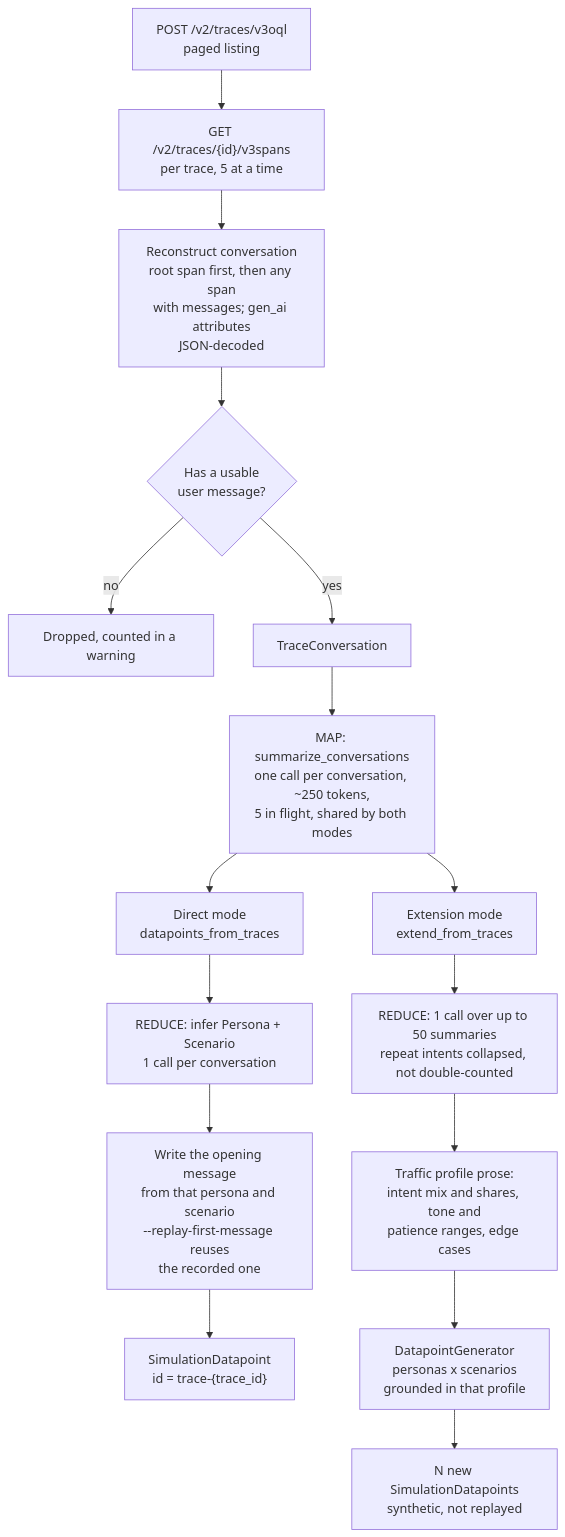
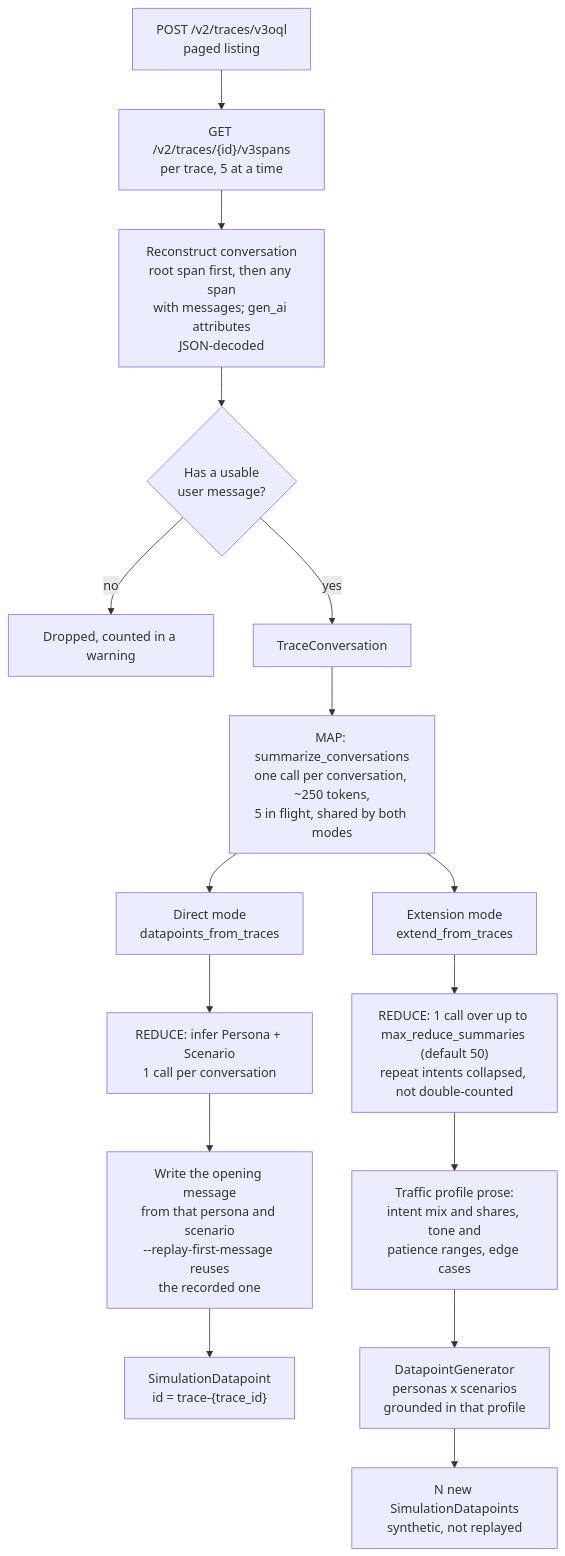
One commit to orq-ai/evaluatorq changed the second of 2 diagrams in docs/guides/agent-simulation.md. Above: the diagram before and after it, drawn with Mermaid. The commit also changed other lines of this file and 1 other file, not shown here.

Commit message:
docs: apply round 1 review fixes for eq sim from-traces

````diff
--- a/docs/guides/agent-simulation.md
+++ b/docs/guides/agent-simulation.md
@@ -828,22 +828,22 @@
 ```mermaid
 flowchart TD
     A["POST /v2/traces/v3oql<br/>paged listing"] --> B["GET /v2/traces/{id}/v3spans<br/>per trace, 5 at a time"]
     B --> C["Reconstruct conversation<br/>root span first, then any span<br/>with messages; gen_ai attributes<br/>JSON-decoded"]
     C --> D{"Has a usable<br/>user message?"}
     D -- "no" --> E["Dropped, counted in a warning"]
     D -- "yes" --> F["TraceConversation"]
 
     F --> S["MAP: summarize_conversations<br/>one call per conversation, ~250 tokens,<br/>5 in flight, shared by both modes"]
 
     S --> G["Direct mode<br/>datapoints_from_traces"]
     S --> H["Extension mode<br/>extend_from_traces"]
 
     G --> I["REDUCE: infer Persona + Scenario<br/>1 call per conversation"]
     I --> J["Write the opening message<br/>from that persona and scenario<br/>--replay-first-message reuses<br/>the recorded one"]
     J --> K["SimulationDatapoint<br/>id = trace-{trace_id}"]
 
-    H --> L["REDUCE: 1 call over up to 50 summaries<br/>repeat intents collapsed, not double-counted"]
+    H --> L["REDUCE: 1 call over up to max_reduce_summaries (default 50)<br/>repeat intents collapsed, not double-counted"]
     L --> M["Traffic profile prose:<br/>intent mix and shares, tone and<br/>patience ranges, edge cases"]
     M --> N["DatapointGenerator<br/>personas x scenarios<br/>grounded in that profile"]
     N --> O["N new SimulationDatapoints<br/>synthetic, not replayed"]
 ```
````
